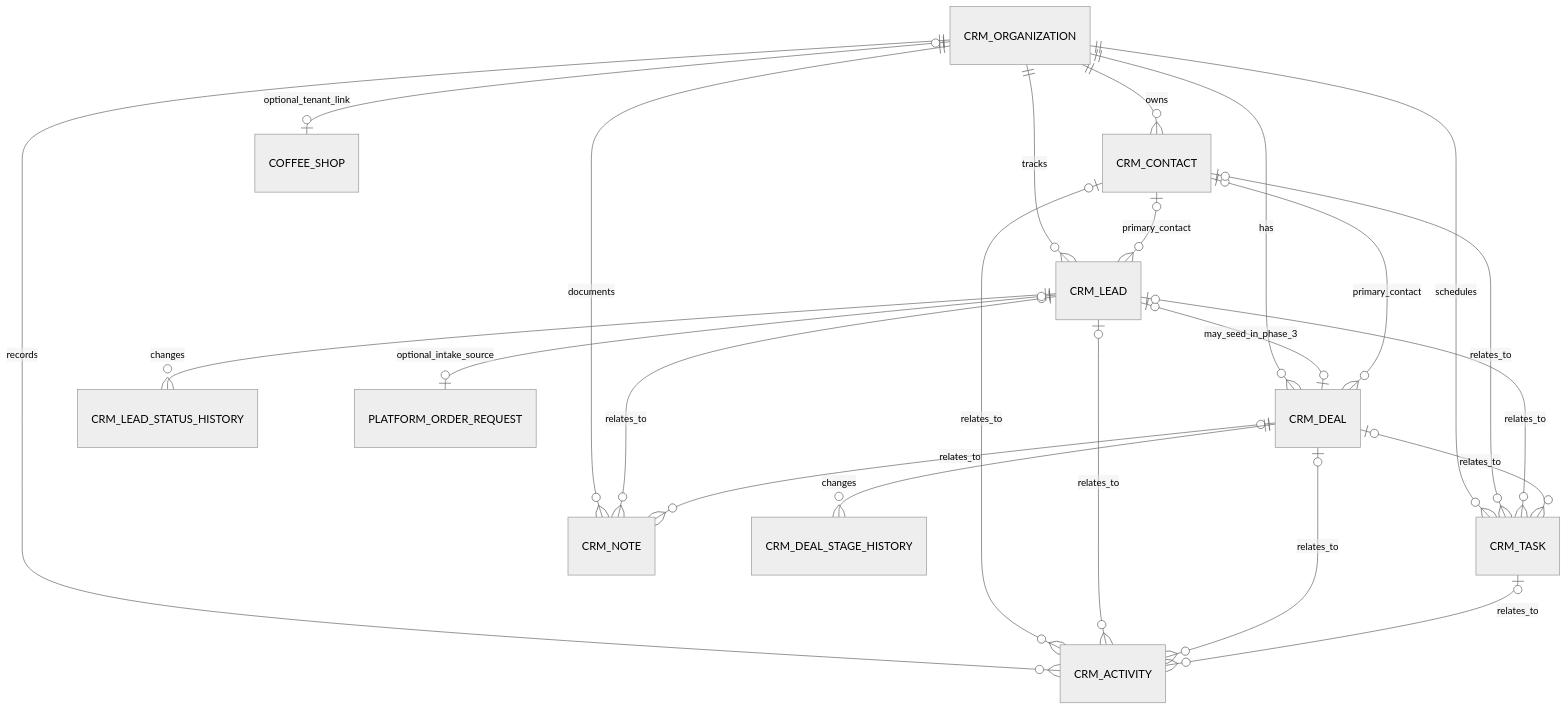
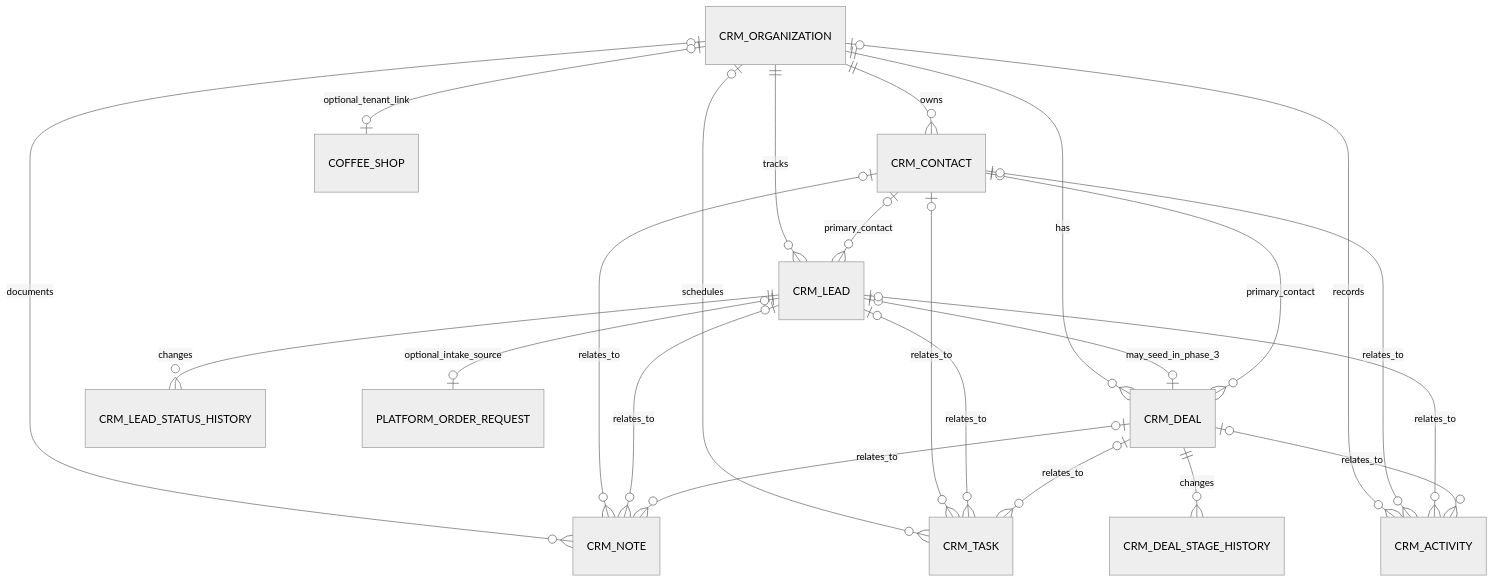
The diagram in docs/crm/DATA_MODEL.md (itsRasul/ucafe), drawn with Mermaid (neutral theme) before and after one commit. The commit also changed other lines of this file and 45 other files, not shown here.

```diff
--- a/docs/crm/DATA_MODEL.md
+++ b/docs/crm/DATA_MODEL.md
@@ -5,25 +5,25 @@
 ~~~mermaid
 erDiagram
     CRM_ORGANIZATION ||--o{ CRM_CONTACT : owns
     CRM_ORGANIZATION ||--o{ CRM_LEAD : tracks
     CRM_CONTACT o|--o{ CRM_LEAD : primary_contact
     CRM_ORGANIZATION ||--o{ CRM_DEAL : has
     CRM_LEAD o|--o| CRM_DEAL : may_seed_in_phase_3
     CRM_CONTACT o|--o{ CRM_DEAL : primary_contact
-    CRM_ORGANIZATION ||--o{ CRM_ACTIVITY : records
+    CRM_ORGANIZATION o|--o{ CRM_ACTIVITY : records
     CRM_CONTACT o|--o{ CRM_ACTIVITY : relates_to
     CRM_LEAD o|--o{ CRM_ACTIVITY : relates_to
     CRM_DEAL o|--o{ CRM_ACTIVITY : relates_to
-    CRM_ORGANIZATION ||--o{ CRM_TASK : schedules
+    CRM_ORGANIZATION o|--o{ CRM_TASK : schedules
     CRM_CONTACT o|--o{ CRM_TASK : relates_to
     CRM_LEAD o|--o{ CRM_TASK : relates_to
     CRM_DEAL o|--o{ CRM_TASK : relates_to
-    CRM_TASK o|--o{ CRM_ACTIVITY : relates_to
-    CRM_ORGANIZATION ||--o{ CRM_NOTE : documents
+    CRM_ORGANIZATION o|--o{ CRM_NOTE : documents
+    CRM_CONTACT o|--o{ CRM_NOTE : relates_to
     CRM_LEAD o|--o{ CRM_NOTE : relates_to
     CRM_DEAL o|--o{ CRM_NOTE : relates_to
     CRM_LEAD ||--o{ CRM_LEAD_STATUS_HISTORY : changes
     CRM_DEAL ||--o{ CRM_DEAL_STAGE_HISTORY : changes
     CRM_ORGANIZATION o|--o| COFFEE_SHOP : optional_tenant_link
     CRM_LEAD o|--o| PLATFORM_ORDER_REQUEST : optional_intake_source
 ~~~
```
